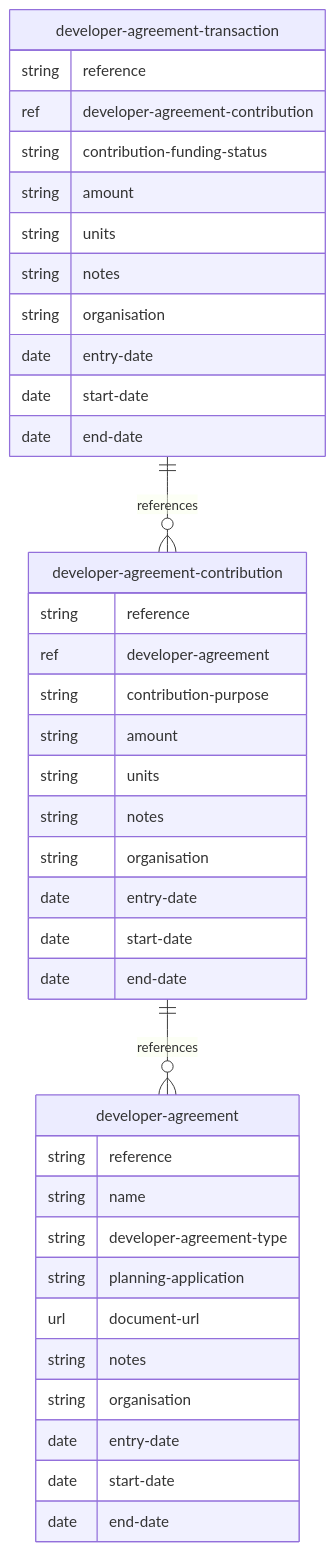
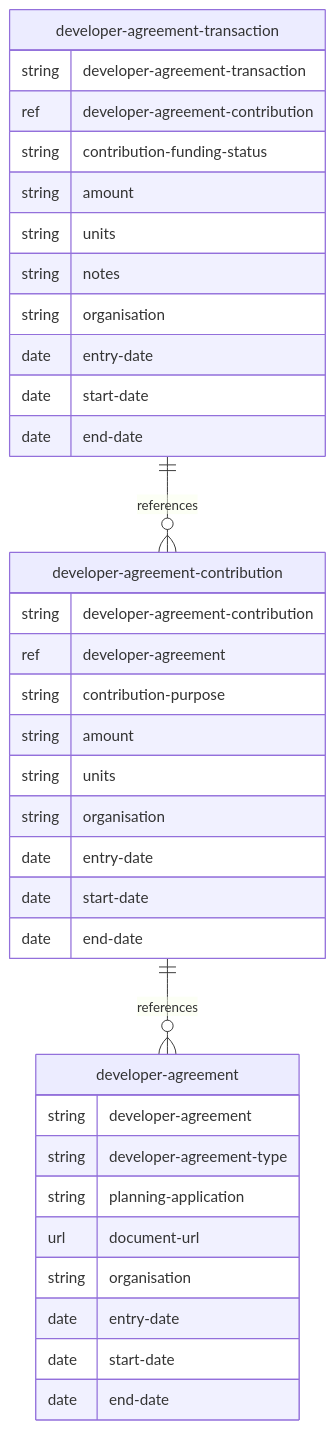
One commit to digital-land/specification changed the diagram in docs/mermaid/developer-contributions.md. Above: the diagram before and after it, drawn with Mermaid. The commit also changed 2 other files, not shown here.

Commit message:
Rebuilt docs 2026-10-15

````diff
--- a/docs/mermaid/developer-contributions.md
+++ b/docs/mermaid/developer-contributions.md
@@ -4,41 +4,38 @@
 ```mermaid
 erDiagram
     developer-agreement {
-        string reference
-        string name
+        string developer-agreement
         string developer-agreement-type
         string planning-application
         url document-url
-        string notes
         string organisation
         date entry-date
         date start-date
         date end-date
     }
     developer-agreement-contribution {
-        string reference
+        string developer-agreement-contribution
         ref developer-agreement
         string contribution-purpose
         string amount
         string units
-        string notes
         string organisation
         date entry-date
         date start-date
         date end-date
     }
     developer-agreement-transaction {
-        string reference
+        string developer-agreement-transaction
         ref developer-agreement-contribution
         string contribution-funding-status
         string amount
         string units
         string notes
         string organisation
         date entry-date
         date start-date
         date end-date
     }
     developer-agreement-contribution ||--o{ developer-agreement : references
     developer-agreement-transaction ||--o{ developer-agreement-contribution : references
 ```
````
